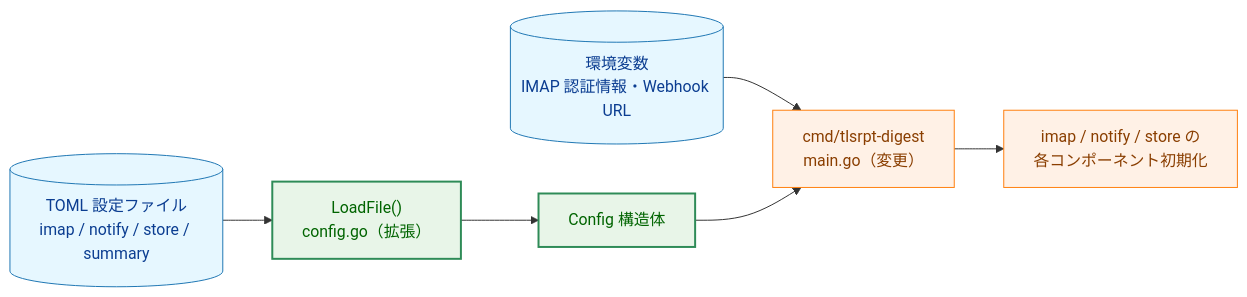
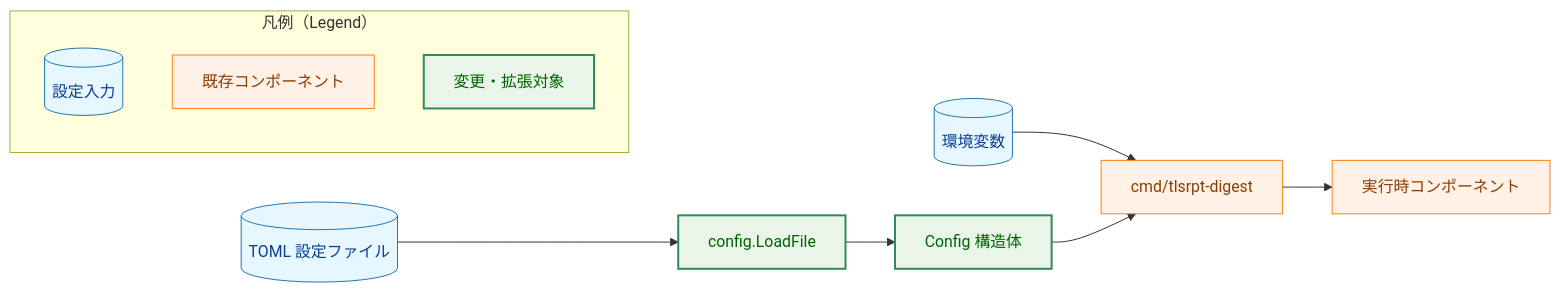
Before and after one commit to isseis/tlsrpt-digest: the first of 6 diagrams in docs/tasks/0060_config/02_architecture.md, drawn with Mermaid. The commit also changed other lines of this file, not shown here.

First line of the commit message:
docs(task 0060): incorporate review revisions for config architecture

````diff
--- a/docs/tasks/0060_config/02_architecture.md
+++ b/docs/tasks/0060_config/02_architecture.md
@@ -31,16 +32,22 @@
 ```mermaid
 flowchart LR
     classDef data fill:#e6f7ff,stroke:#1f77b4,stroke-width:1px,color:#0b3d91;
     classDef process fill:#fff1e6,stroke:#ff7f0e,stroke-width:1px,color:#8a3e00;
     classDef enhanced fill:#e8f5e8,stroke:#2e8b57,stroke-width:2px,color:#006400;
 
-    TOML[("TOML 設定ファイル<br>imap / notify / store / summary")] --> Load["LoadFile()<br>config.go（拡張）"]
-    Env[("環境変数<br>IMAP 認証情報・Webhook URL")] --> Main["cmd/tlsrpt-digest<br>main.go（変更）"]
+    TOML[("TOML 設定ファイル")] --> Load["config.LoadFile"]
+    Env[("環境変数")] --> Main["cmd/tlsrpt-digest"]
     Load --> Cfg["Config 構造体"]
     Cfg --> Main
-    Main --> Components["imap / notify / store の<br>各コンポーネント初期化"]
+    Main --> Components["実行時コンポーネント"]
 
-    class TOML,Env data
-    class Main,Components process
-    class Load,Cfg enhanced
+    subgraph Legend["凡例（Legend）"]
+        LData[("設定入力")]
+        LProcess["既存コンポーネント"]
+        LEnhanced["変更・拡張対象"]
+    end
+
+    class TOML,Env,LData data
+    class Main,Components,LProcess process
+    class Load,Cfg,LEnhanced enhanced
 ```
````
